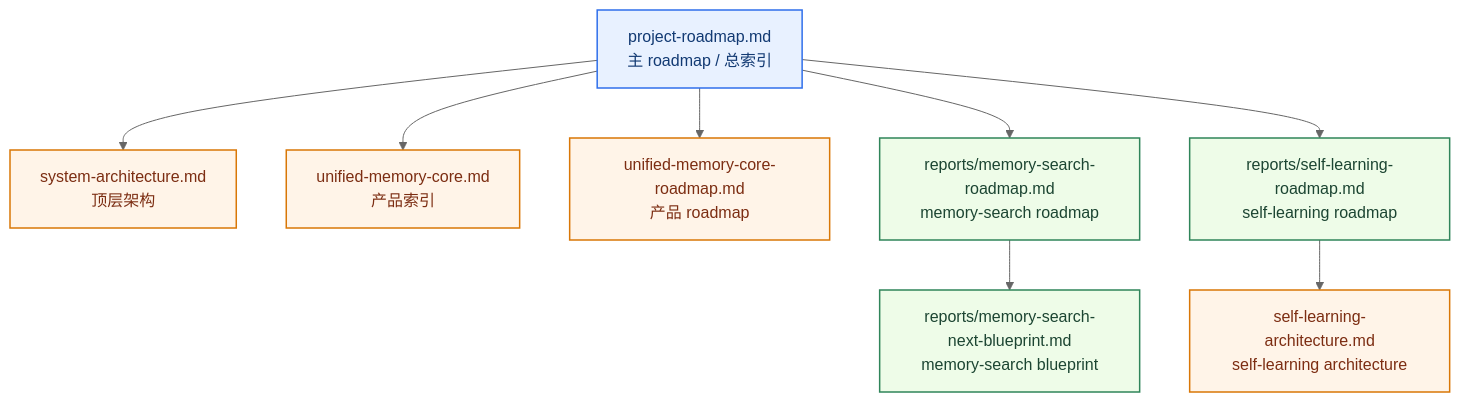
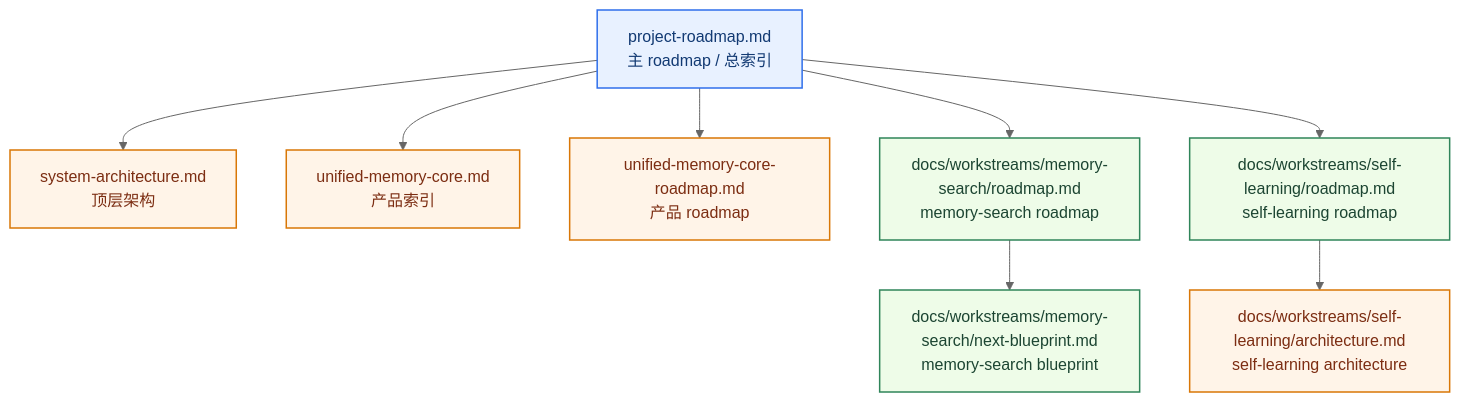
One commit to redcreen/memory-context-claw changed the third of 4 diagrams in project-roadmap.md. Above: the diagram before and after it, drawn with Mermaid (neutral theme). The commit also changed other lines of this file and 78 other files, not shown here.

Commit message:
docs: reorganize durable docs and align self-learning status

````diff
--- a/project-roadmap.md
+++ b/project-roadmap.md
@@ -367,17 +372,17 @@
 ```mermaid
 flowchart TB
     A["project-roadmap.md\n主 roadmap / 总索引"] --> B["system-architecture.md\n顶层架构"]
     A --> U["unified-memory-core.md\n产品索引"]
     A --> V["unified-memory-core-roadmap.md\n产品 roadmap"]
-    A --> C["reports/memory-search-roadmap.md\nmemory-search roadmap"]
-    A --> D["reports/self-learning-roadmap.md\nself-learning roadmap"]
-    C --> E["reports/memory-search-next-blueprint.md\nmemory-search blueprint"]
-    D --> F["self-learning-architecture.md\nself-learning architecture"]
+    A --> C["docs/workstreams/memory-search/roadmap.md\nmemory-search roadmap"]
+    A --> D["docs/workstreams/self-learning/roadmap.md\nself-learning roadmap"]
+    C --> E["docs/workstreams/memory-search/next-blueprint.md\nmemory-search blueprint"]
+    D --> F["docs/workstreams/self-learning/architecture.md\nself-learning architecture"]
 
     classDef top fill:#e8f1ff,stroke:#2f6feb,color:#123a73,stroke-width:1.5px;
     classDef work fill:#eefce8,stroke:#2f855a,color:#1c4532,stroke-width:1.5px;
     classDef arch fill:#fff4e8,stroke:#d97706,color:#7c2d12,stroke-width:1.5px;
     class A top;
     class B,F,U,V arch;
     class C,D,E work;
 ```
````
